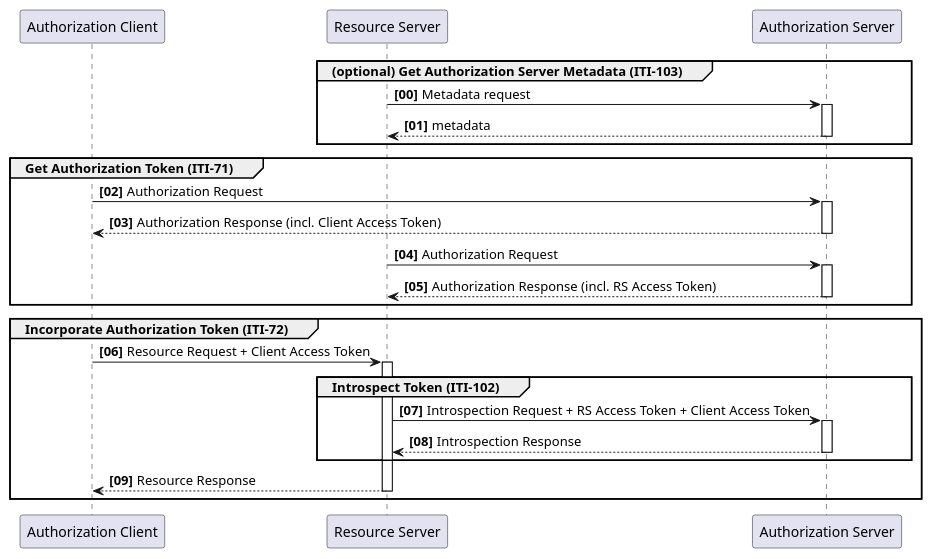
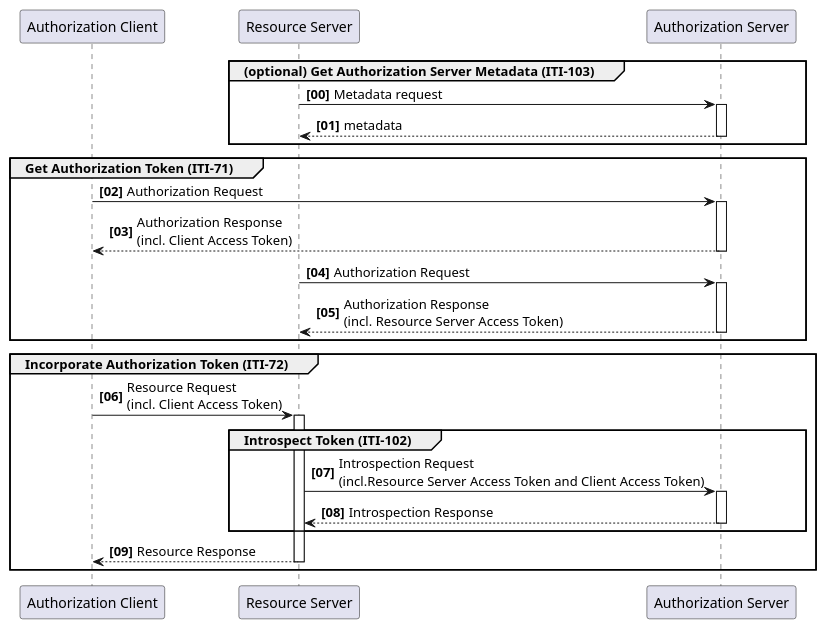
Before and after one commit to IHE/IT-Infrastructure: the fifth of 6 diagrams in IUA.b/IHE_ITI_Suppl_IUA.md, drawn with PlantUML. The commit also changed other lines of this file, not shown here.

````diff
--- a/IUA.b/IHE_ITI_Suppl_IUA.md
+++ b/IUA.b/IHE_ITI_Suppl_IUA.md
@@ -1196,38 +1198,38 @@
 ```plantuml
 @startuml introspect 
 
 participant "Authorization Client" as Client
 participant "Resource Server" as ResourceServer
 participant "Authorization Server" as AuthzServer
 
-autonumber 0 1 "<b>[00]"
+autonumber 0 1 "<b>[00]</b>"
 autoactivate on
 
 group (optional) Get Authorization Server Metadata (ITI-103)
     ResourceServer -> AuthzServer : Metadata request
     AuthzServer --> ResourceServer: metadata
 end
 
 group Get Authorization Token (ITI-71)
 Client -> AuthzServer : Authorization Request  
-Client <-- AuthzServer : Authorization Response (incl. Client Access Token)  
+Client <-- AuthzServer : Authorization Response\n(incl. Client Access Token)  
 
 ResourceServer -> AuthzServer : Authorization Request  
-ResourceServer <-- AuthzServer : Authorization Response (incl. RS Access Token)  
+ResourceServer <-- AuthzServer : Authorization Response\n(incl. Resource Server Access Token)  
 end
 
 group Incorporate Authorization Token (ITI-72)  
-Client -> ResourceServer : Resource Request + Client Access Token
+Client -> ResourceServer : Resource Request\n(incl. Client Access Token)
 
 group Introspect Token (ITI-102)  
-ResourceServer -> AuthzServer : Introspection Request + RS Access Token + Client Access Token  
+ResourceServer -> AuthzServer : Introspection Request\n(incl.Resource Server Access Token and Client Access Token)
 ResourceServer <-- AuthzServer : Introspection Response
 end
 
 Client <-- ResourceServer : Resource Response  
 end  
 
 autonumber stop
 
 @enduml
 ```
````
